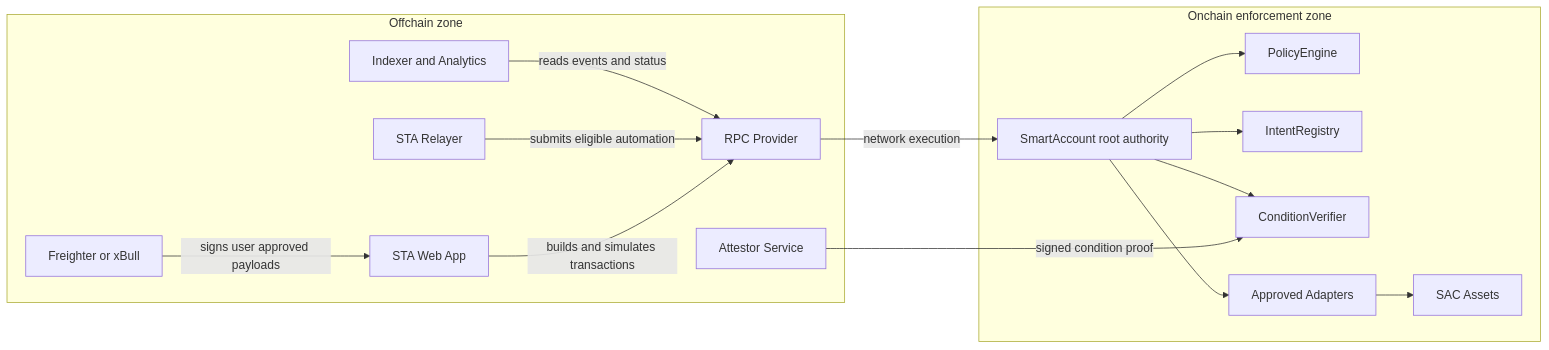
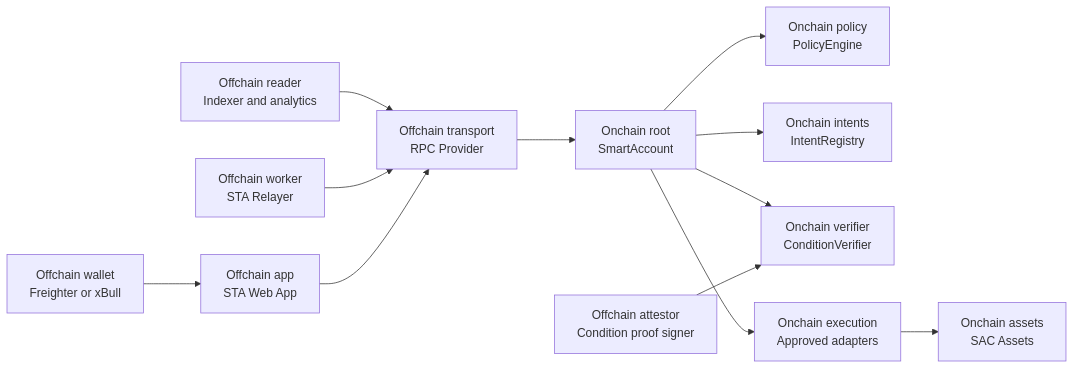
Before and after one commit to Frihat-dev/smart-wallet-stellar: the second of 12 diagrams in docs/TECHNICAL_ARCHITECTURE.md, drawn with Mermaid. The commit also changed other lines of this file, not shown here.

Commit message:
docs: harden technical architecture specification

````diff
--- a/docs/TECHNICAL_ARCHITECTURE.md
+++ b/docs/TECHNICAL_ARCHITECTURE.md
@@ -214,32 +281,28 @@
 ```mermaid
 flowchart LR
-    subgraph OFFCHAIN[Offchain zone]
-        UI[STA Web App]
-        WALLET[Freighter or xBull]
-        RELAYER[STA Relayer]
-        INDEXER[Indexer and Analytics]
-        ATTESTOR[Attestor Service]
-        RPC[RPC Provider]
-    end
+    WALLET["Offchain wallet<br/>Freighter or xBull"]
+    UI["Offchain app<br/>STA Web App"]
+    RELAYER["Offchain worker<br/>STA Relayer"]
+    INDEXER["Offchain reader<br/>Indexer and analytics"]
+    ATTESTOR["Offchain attestor<br/>Condition proof signer"]
+    RPC["Offchain transport<br/>RPC Provider"]
 
-    subgraph ONCHAIN[Onchain enforcement zone]
-        SA[SmartAccount root authority]
-        PE[PolicyEngine]
-        IR[IntentRegistry]
-        CV[ConditionVerifier]
-        ADAPTERS[Approved Adapters]
-        SAC[SAC Assets]
-    end
+    SA["Onchain root<br/>SmartAccount"]
+    PE["Onchain policy<br/>PolicyEngine"]
+    IR["Onchain intents<br/>IntentRegistry"]
+    CV["Onchain verifier<br/>ConditionVerifier"]
+    ADAPTERS["Onchain execution<br/>Approved adapters"]
+    SAC["Onchain assets<br/>SAC Assets"]
 
-    WALLET -->|signs user approved payloads| UI
-    UI -->|builds and simulates transactions| RPC
-    RELAYER -->|submits eligible automation| RPC
-    INDEXER -->|reads events and status| RPC
-    ATTESTOR -->|signed condition proof| CV
-    RPC -->|network execution| SA
+    WALLET --> UI
+    UI --> RPC
+    RELAYER --> RPC
+    INDEXER --> RPC
+    ATTESTOR --> CV
+    RPC --> SA
     SA --> PE
     SA --> IR
     SA --> CV
     SA --> ADAPTERS
     ADAPTERS --> SAC
 ```
````
